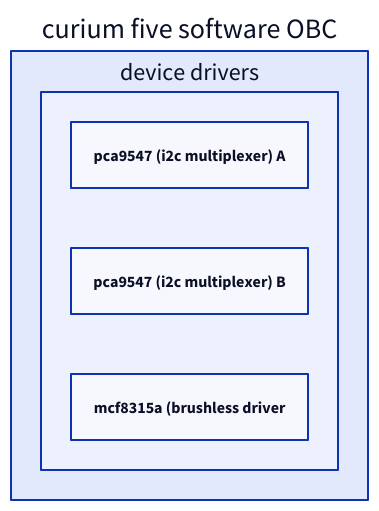
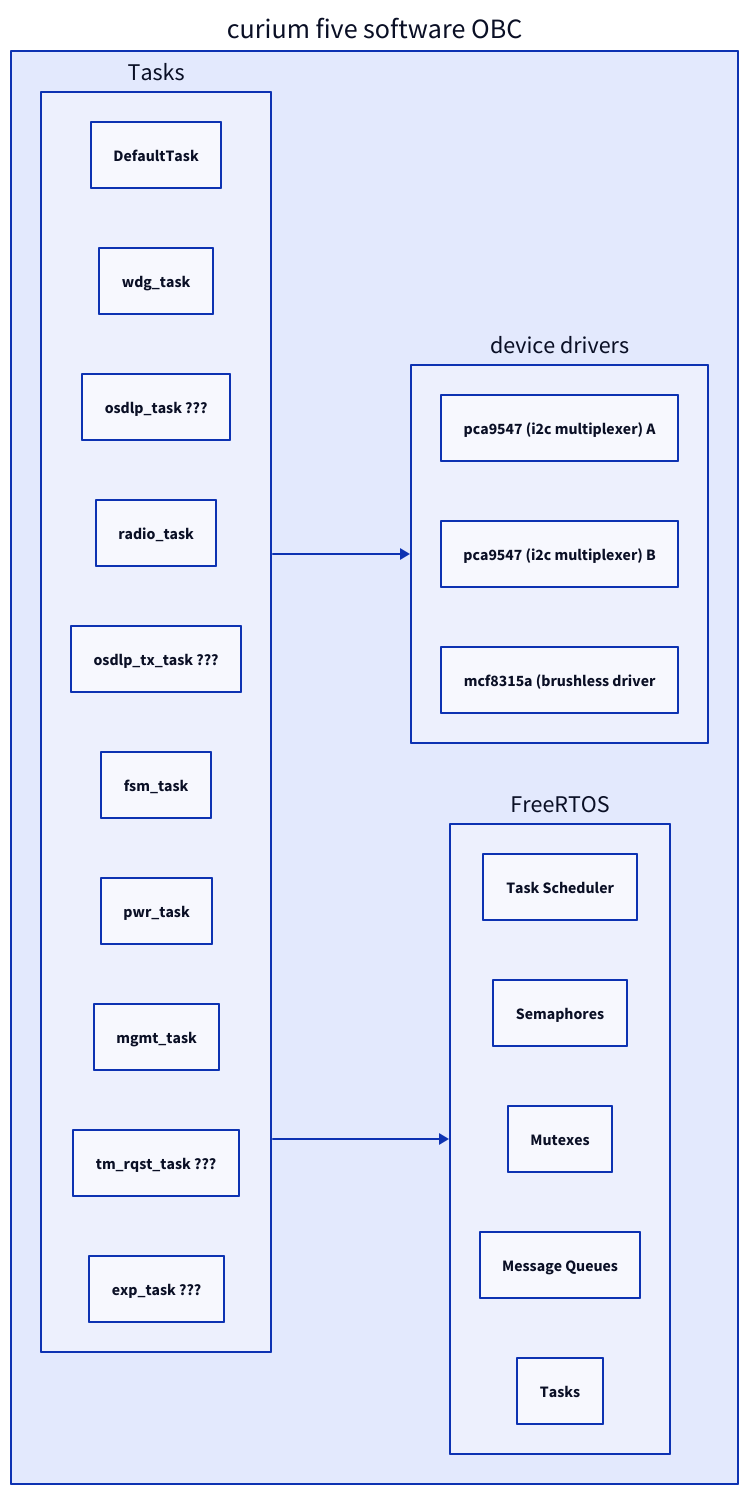
One commit to Curium-Five/software-diagram changed the diagram in software-diagram.d2. Above: the diagram before and after it, drawn with D2.

```diff
--- a/software-diagram.d2
+++ b/software-diagram.d2
@@ -1,8 +1,29 @@
-direction: left
+direction: right
 "curium five software OBC": {
   "device drivers": {
     "pca9547 (i2c multiplexer) A"
     "pca9547 (i2c multiplexer) B"
     "mcf8315a (brushless driver"
   }
+  "Tasks": {
+    "DefaultTask"
+    "wdg_task"
+    "osdlp_task ???"
+    "radio_task"
+    "osdlp_tx_task ???"
+    "fsm_task"
+    "pwr_task"
+    "mgmt_task"
+    "tm_rqst_task ???"
+    "exp_task ???"
+  }
+  "FreeRTOS": {
+    "Task Scheduler"
+    "Semaphores"
+    "Mutexes"
+    "Message Queues"
+    "Tasks"
+  }
+  "Tasks" -> "FreeRTOS"
+  "Tasks" -> "device drivers"
 }
```
